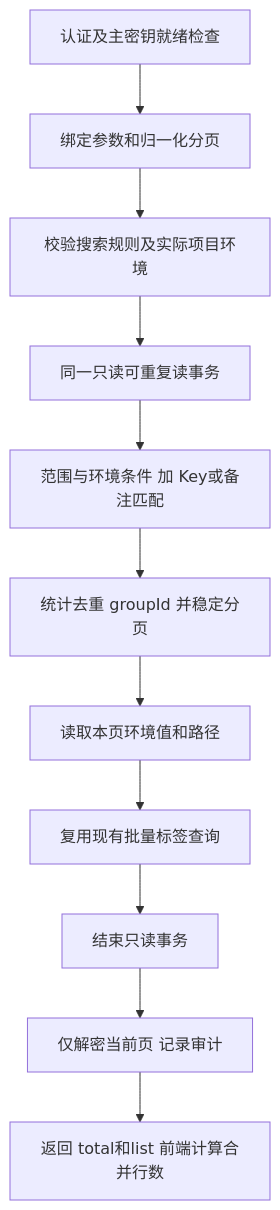
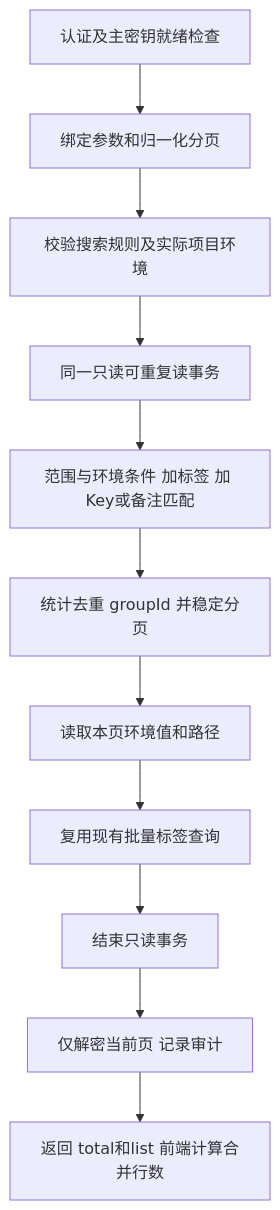
The diagram in design/secret-search.md (Vincentenxy/env-vault), drawn with Mermaid before and after one commit. The commit also changed other lines of this file and 13 other files, not shown here.

````diff
--- a/design/secret-search.md
+++ b/design/secret-search.md
@@ -54,13 +68,13 @@
 ```mermaid
 flowchart TD
   A[认证及主密钥就绪检查] --> B[绑定参数和归一化分页]
   B --> C[校验搜索规则及实际项目环境]
   C --> D[同一只读可重复读事务]
-  D --> E[范围与环境条件 加 Key或备注匹配]
+  D --> E[范围与环境条件 加标签 加 Key或备注匹配]
   E --> F[统计去重 groupId 并稳定分页]
   F --> G[读取本页环境值和路径]
   G --> H[复用现有批量标签查询]
   H --> I[结束只读事务]
   I --> J[仅解密当前页 记录审计]
   J --> K[返回 total和list 前端计算合并行数]
 ```
````
